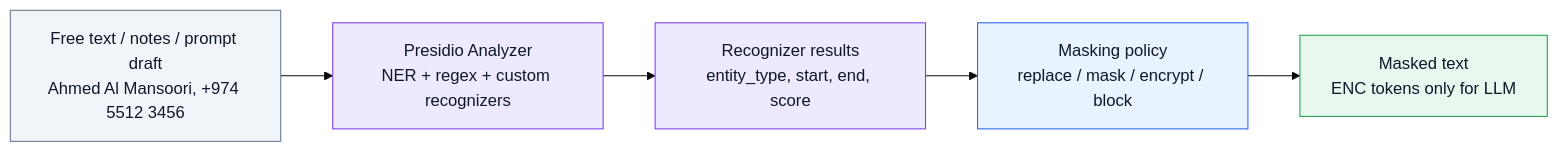
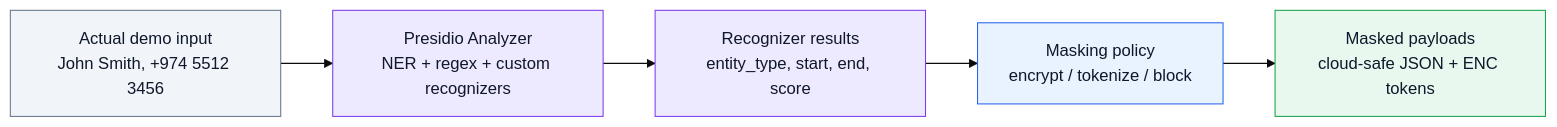
The second of 6 diagrams in README.md (kkirko/PII-Masking-Service), drawn with Mermaid (base theme) before and after one commit. The commit also changed other lines of this file and 9 other files, not shown here.

Commit message:
Integrate Presidio into demo flow and docs

````diff
--- a/README.md
+++ b/README.md
@@ -130,12 +130,12 @@
 ```mermaid
 flowchart LR
   classDef input fill:#f1f5f9,stroke:#64748b,stroke-width:1px,color:#0f172a;
   classDef detect fill:#ede9fe,stroke:#7c3aed,stroke-width:1px,color:#0f172a;
   classDef policy fill:#e8f3ff,stroke:#2563eb,stroke-width:1px,color:#0f172a;
   classDef output fill:#e9f8ef,stroke:#16a34a,stroke-width:1px,color:#0f172a;
 
-  A["Free text / notes / prompt draft<br/>Ahmed Al Mansoori, +974 5512 3456"]:::input --> B["Presidio Analyzer<br/>NER + regex + custom recognizers"]:::detect
+  A["Actual demo input<br/>John Smith, +974 5512 3456"]:::input --> B["Presidio Analyzer<br/>NER + regex + custom recognizers"]:::detect
   B --> C["Recognizer results<br/>entity_type, start, end, score"]:::detect
-  C --> D["Masking policy<br/>replace / mask / encrypt / block"]:::policy
-  D --> E["Masked text<br/>ENC tokens only for LLM"]:::output
+  C --> D["Masking policy<br/>encrypt / tokenize / block"]:::policy
+  D --> E["Masked payloads<br/>cloud-safe JSON + ENC tokens"]:::output
 ```
````
